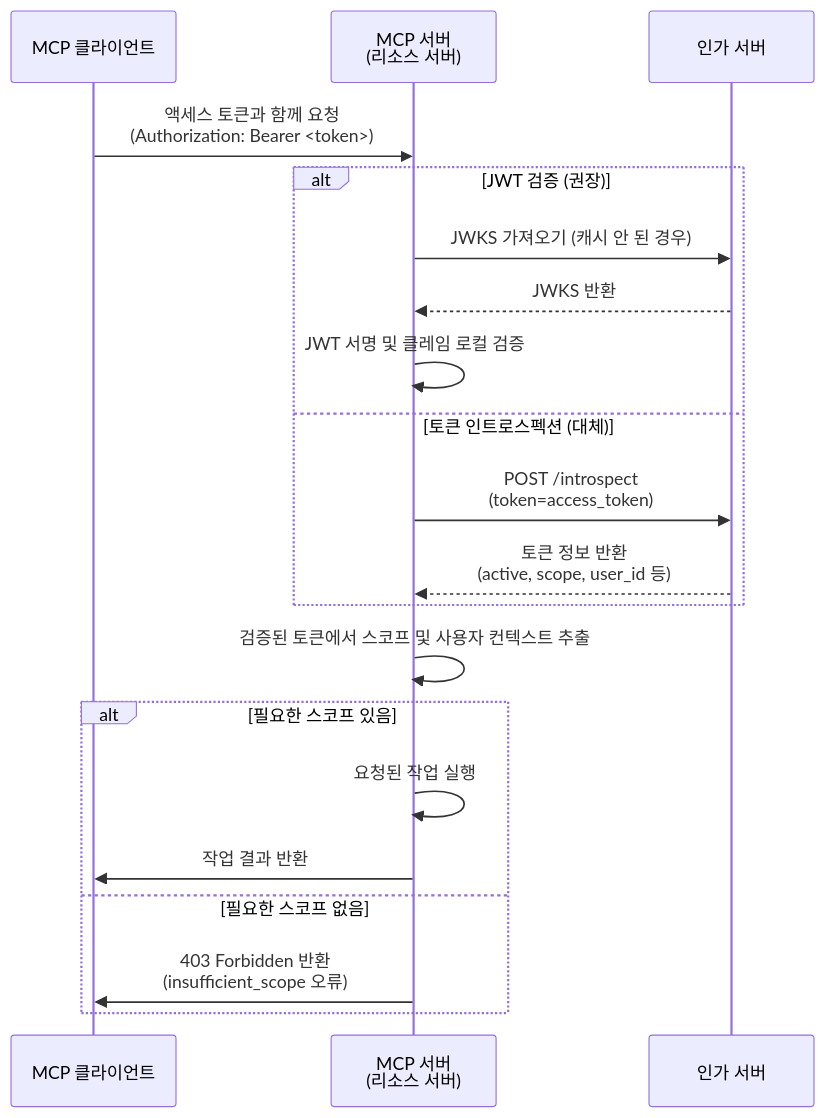
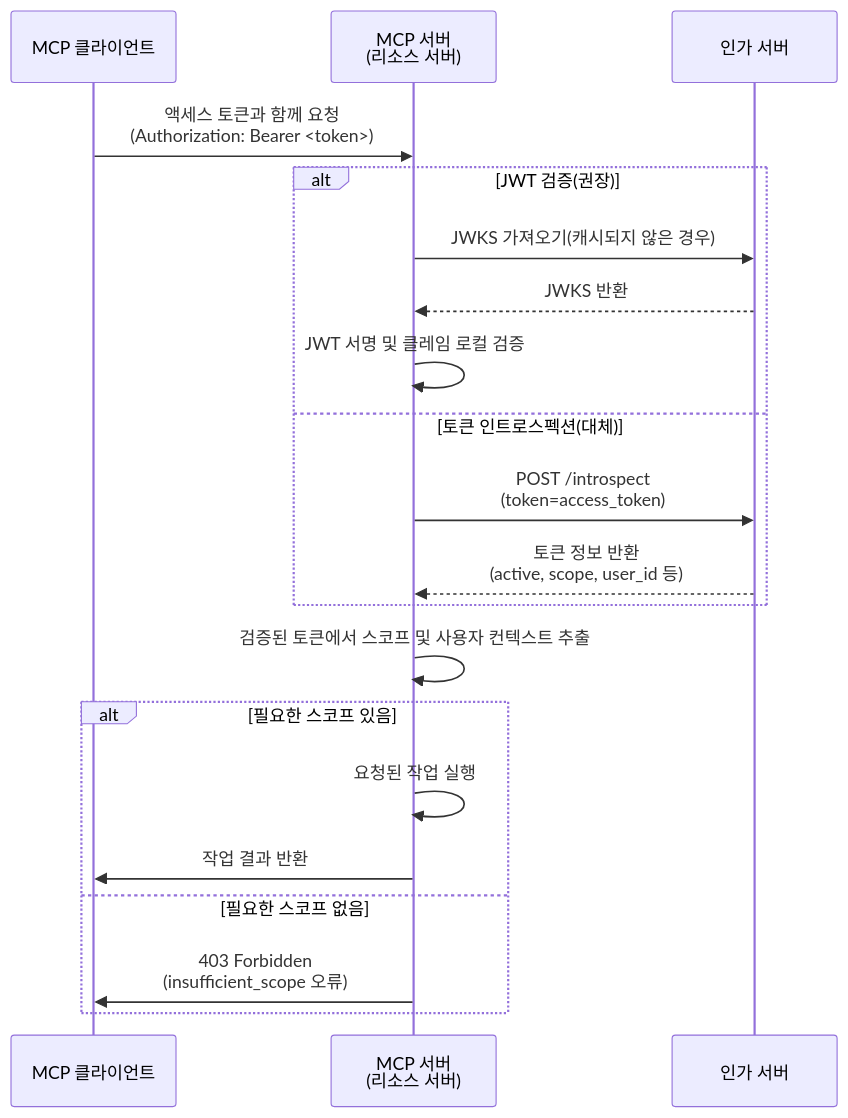
The second of 2 diagrams in i18n/ko/docusaurus-plugin-content-docs/current/tutorials/todo-manager/README.mdx (mcp-auth/docs), drawn with Mermaid before and after one commit. The commit also changed other lines of this file and 53 other files, not shown here.

````diff
--- a/i18n/ko/docusaurus-plugin-content-docs/current/tutorials/todo-manager/README.mdx
+++ b/i18n/ko/docusaurus-plugin-content-docs/current/tutorials/todo-manager/README.mdx
@@ -127,26 +134,26 @@
 ```mermaid
 sequenceDiagram
     participant Client as MCP 클라이언트
     participant Server as MCP 서버<br/>(리소스 서버)
     participant Auth as 인가 서버
 
     Client->>Server: 액세스 토큰과 함께 요청<br/>(Authorization: Bearer <token>)
 
-    alt JWT 검증 (권장)
-        Server->>Auth: JWKS 가져오기 (캐시 안 된 경우)
+    alt JWT 검증(권장)
+        Server->>Auth: JWKS 가져오기(캐시되지 않은 경우)
         Auth-->>Server: JWKS 반환
         Server->>Server: JWT 서명 및 클레임 로컬 검증
-    else 토큰 인트로스펙션 (대체)
+    else 토큰 인트로스펙션(대체)
         Server->>Auth: POST /introspect<br/>(token=access_token)
         Auth-->>Server: 토큰 정보 반환<br/>(active, scope, user_id 등)
     end
 
     Server->>Server: 검증된 토큰에서 스코프 및 사용자 컨텍스트 추출
 
     alt 필요한 스코프 있음
         Server->>Server: 요청된 작업 실행
         Server->>Client: 작업 결과 반환
     else 필요한 스코프 없음
-        Server->>Client: 403 Forbidden 반환<br/>(insufficient_scope 오류)
+        Server->>Client: 403 Forbidden<br/>(insufficient_scope 오류)
     end
 ```
````
